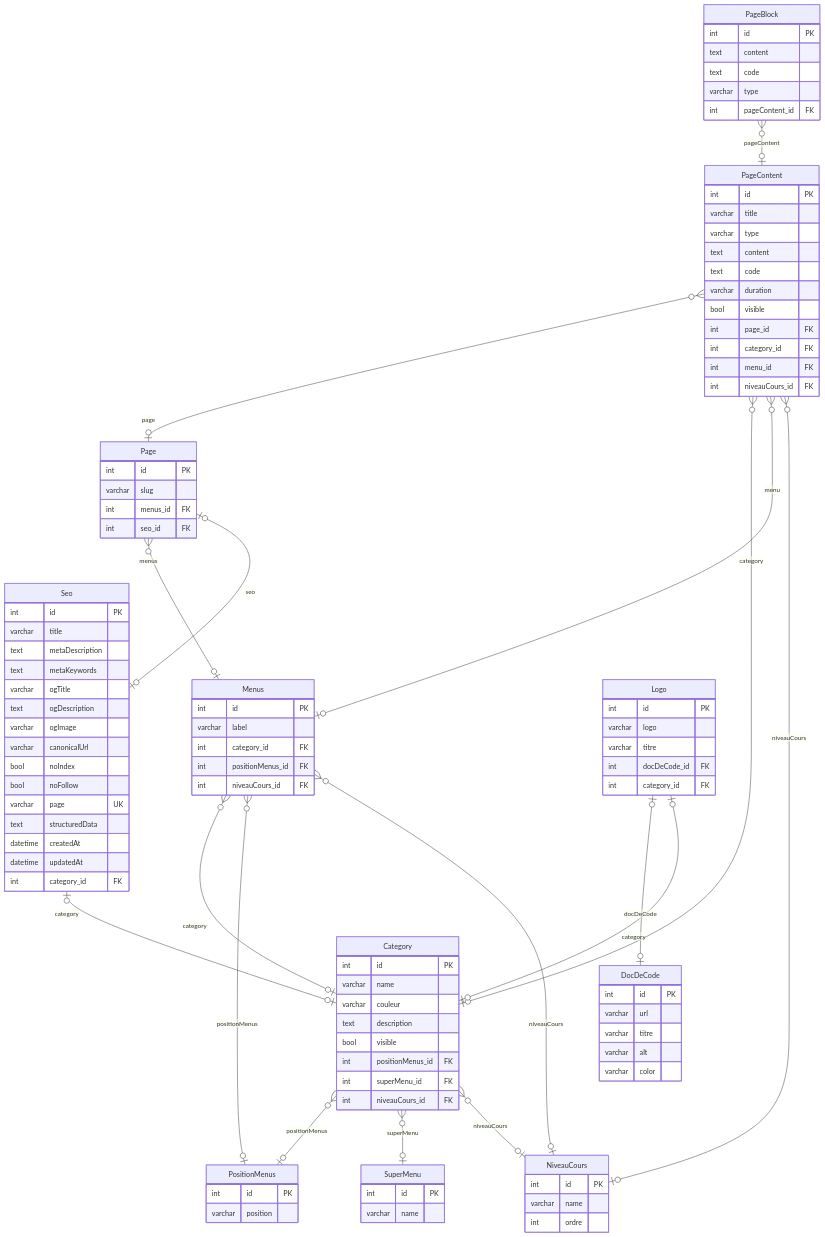
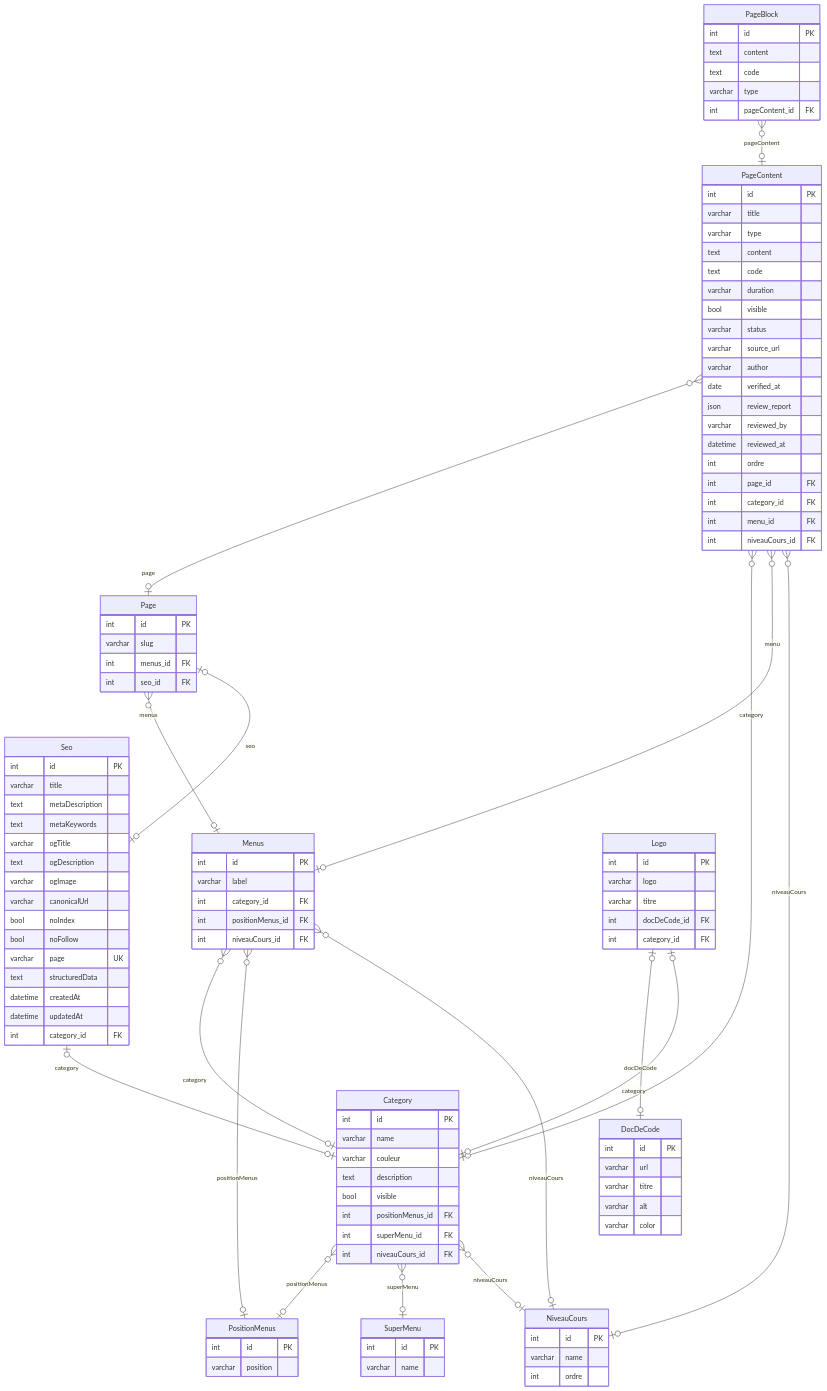
The first of 7 diagrams in docs/conception/base-de-donnees.md (cundovar/vue-symfony), drawn with Mermaid before and after one commit. The commit also changed other lines of this file and 141 other files, not shown here.

```diff
--- a/docs/conception/base-de-donnees.md
+++ b/docs/conception/base-de-donnees.md
@@ -119,6 +119,14 @@
         text code
         varchar duration
         bool visible
+        varchar status
+        varchar source_url
+        varchar author
+        date verified_at
+        json review_report
+        varchar reviewed_by
+        datetime reviewed_at
+        int ordre
         int page_id FK
         int category_id FK
         int menu_id FK
```
